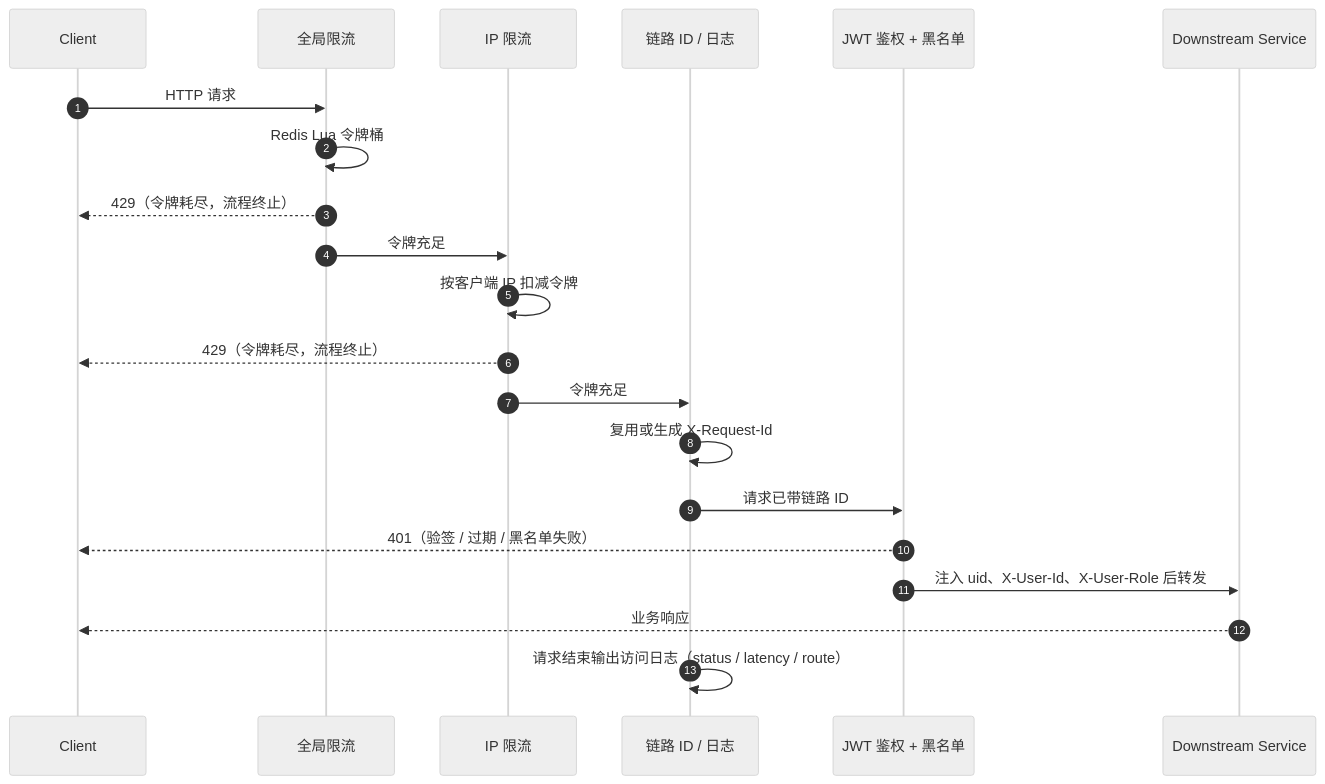
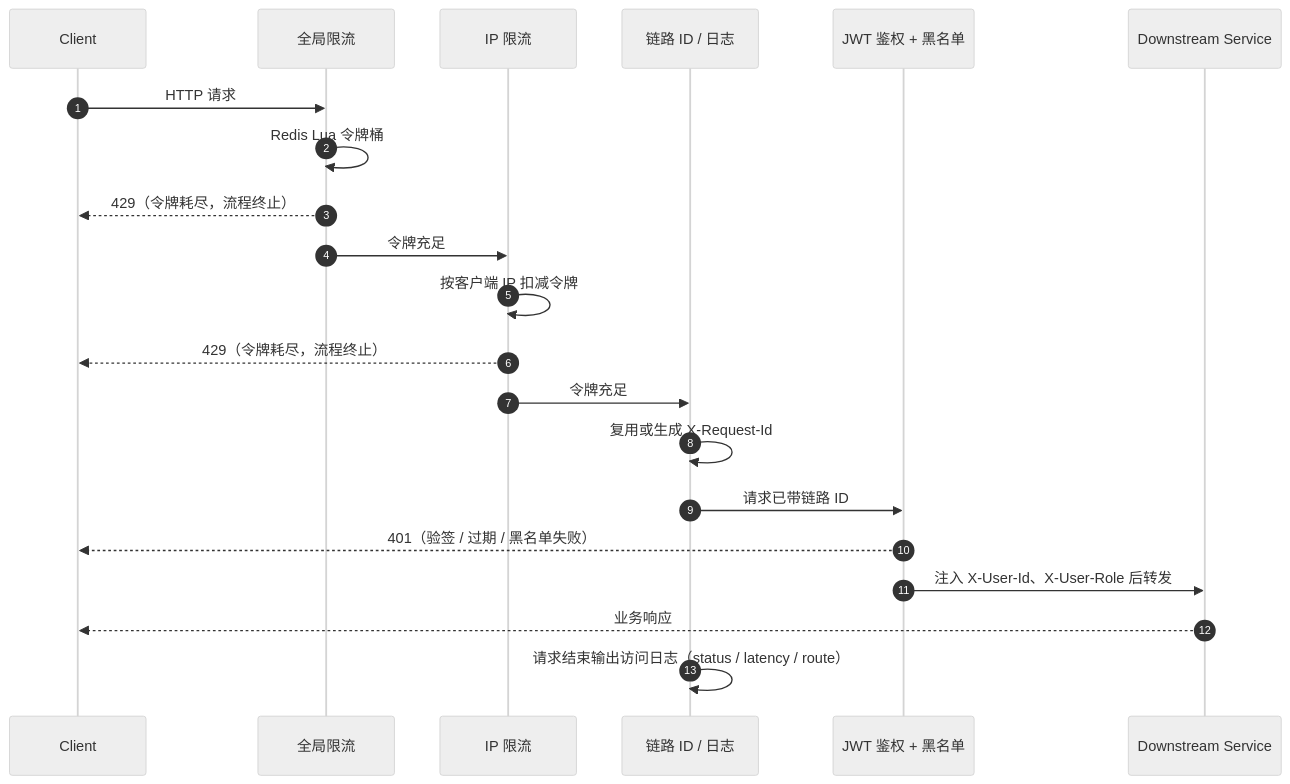
Before and after one commit to YunfeiSHU/media-community: the second of 3 diagrams in gateway-service/网关架构.md, drawn with Mermaid (neutral theme). The commit also changed other lines of this file and 5 other files, not shown here.

First line of the commit message:
feat: 身份头统一为 X-User-Id/X-User-Role，401 响应码对齐 40101

````diff
--- a/gateway-service/网关架构.md
+++ b/gateway-service/网关架构.md
@@ -97,24 +97,24 @@
 ```mermaid
 sequenceDiagram
     autonumber
     participant C as Client
     participant GL as 全局限流
     participant IL as IP 限流
     participant RQ as 链路 ID / 日志
     participant AU as JWT 鉴权 + 黑名单
     participant S as Downstream Service
 
     C->>GL: HTTP 请求
     GL->>GL: Redis Lua 令牌桶
     GL-->>C: 429（令牌耗尽，流程终止）
     GL->>IL: 令牌充足
     IL->>IL: 按客户端 IP 扣减令牌
     IL-->>C: 429（令牌耗尽，流程终止）
     IL->>RQ: 令牌充足
     RQ->>RQ: 复用或生成 X-Request-Id
     RQ->>AU: 请求已带链路 ID
     AU-->>C: 401（验签 / 过期 / 黑名单失败）
-    AU->>S: 注入 uid、X-User-Id、X-User-Role 后转发
+    AU->>S: 注入 X-User-Id、X-User-Role 后转发
     S-->>C: 业务响应
     RQ->>RQ: 请求结束输出访问日志（status / latency / route）
 ```
````
